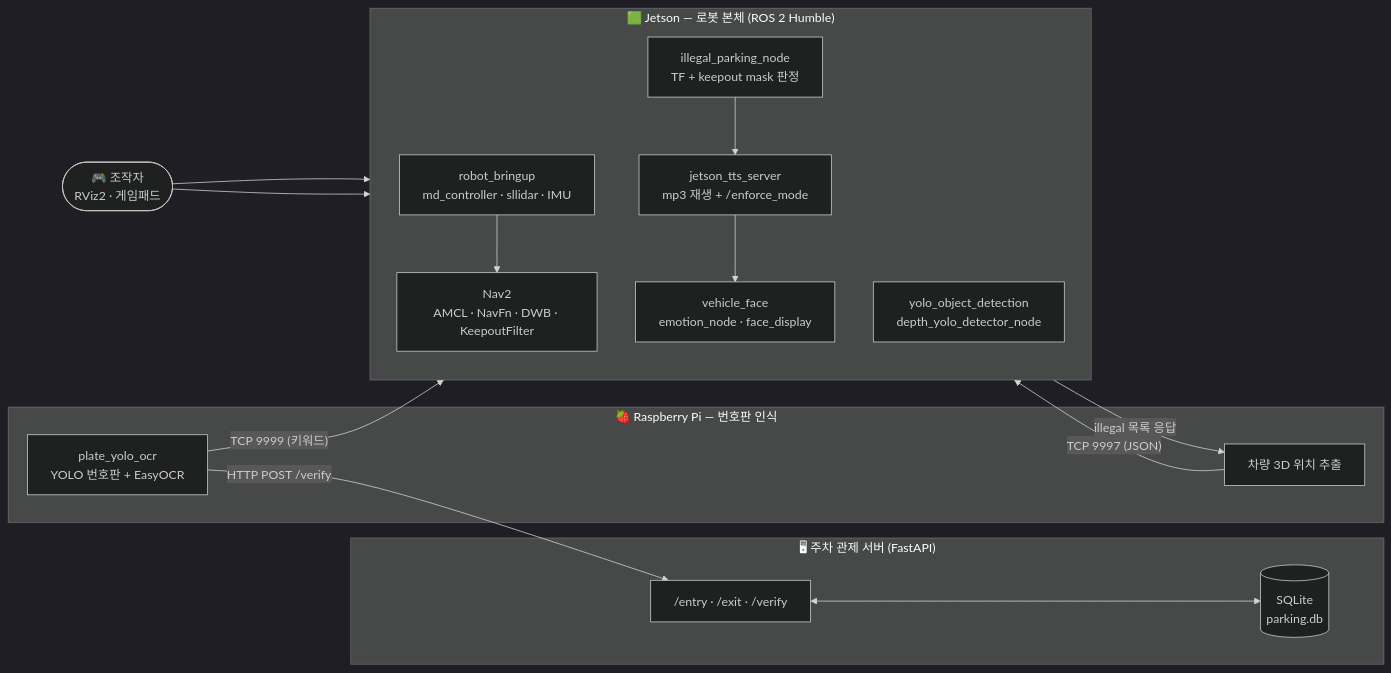
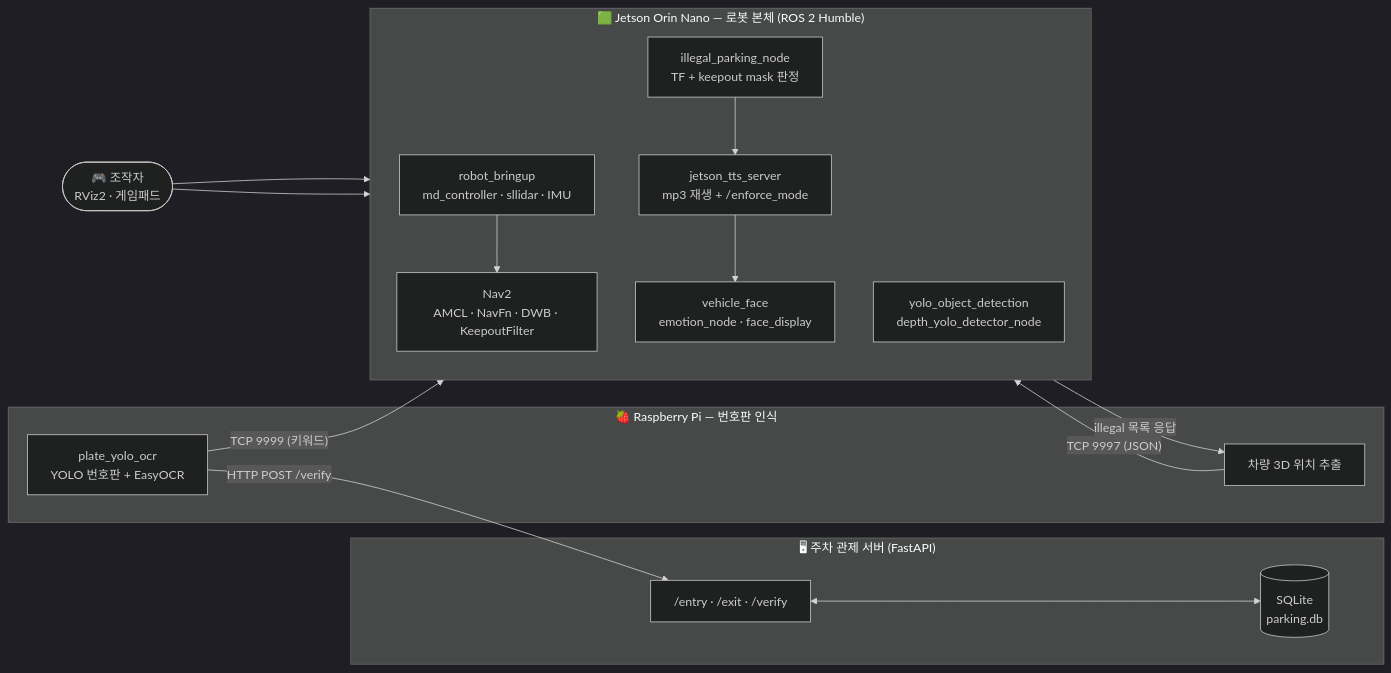
Before and after one commit to OMZcapstone/omz_ws: the first of 4 diagrams in README.md, drawn with Mermaid (dark theme). The commit also changed other lines of this file and 1 other file, not shown here.

````diff
--- a/README.md
+++ b/README.md
@@ -65,33 +66,33 @@
 ```mermaid
 flowchart LR
     subgraph PI["🍓 Raspberry Pi — 번호판 인식"]
         P1["plate_yolo_ocr<br/>YOLO 번호판 + EasyOCR"]
         P2["차량 3D 위치 추출"]
     end
 
     subgraph SRV["🖥 주차 관제 서버 (FastAPI)"]
         S1["/entry · /exit · /verify"]
         S2[("SQLite<br/>parking.db")]
         S1 <--> S2
     end
 
-    subgraph JET["🟩 Jetson — 로봇 본체 (ROS 2 Humble)"]
+    subgraph JET["🟩 Jetson Orin Nano — 로봇 본체 (ROS 2 Humble)"]
         direction TB
         B1["robot_bringup<br/>md_controller · sllidar · IMU"]
         B2["Nav2<br/>AMCL · NavFn · DWB · KeepoutFilter"]
         B3["yolo_object_detection<br/>depth_yolo_detector_node"]
         B4["illegal_parking_node<br/>TF + keepout mask 판정"]
         B5["jetson_tts_server<br/>mp3 재생 + /enforce_mode"]
         B6["vehicle_face<br/>emotion_node · face_display"]
         B1 --> B2
         B4 --> B5 --> B6
     end
 
     P1 -- "HTTP POST /verify" --> S1
     P2 -- "TCP 9997 (JSON)" --> B4
     B4 -- "illegal 목록 응답" --> P2
     P1 -- "TCP 9999 (키워드)" --> B5
 
     OP(["🎮 조작자<br/>RViz2 · 게임패드"]) --> B2
     OP --> B1
 ```
````
